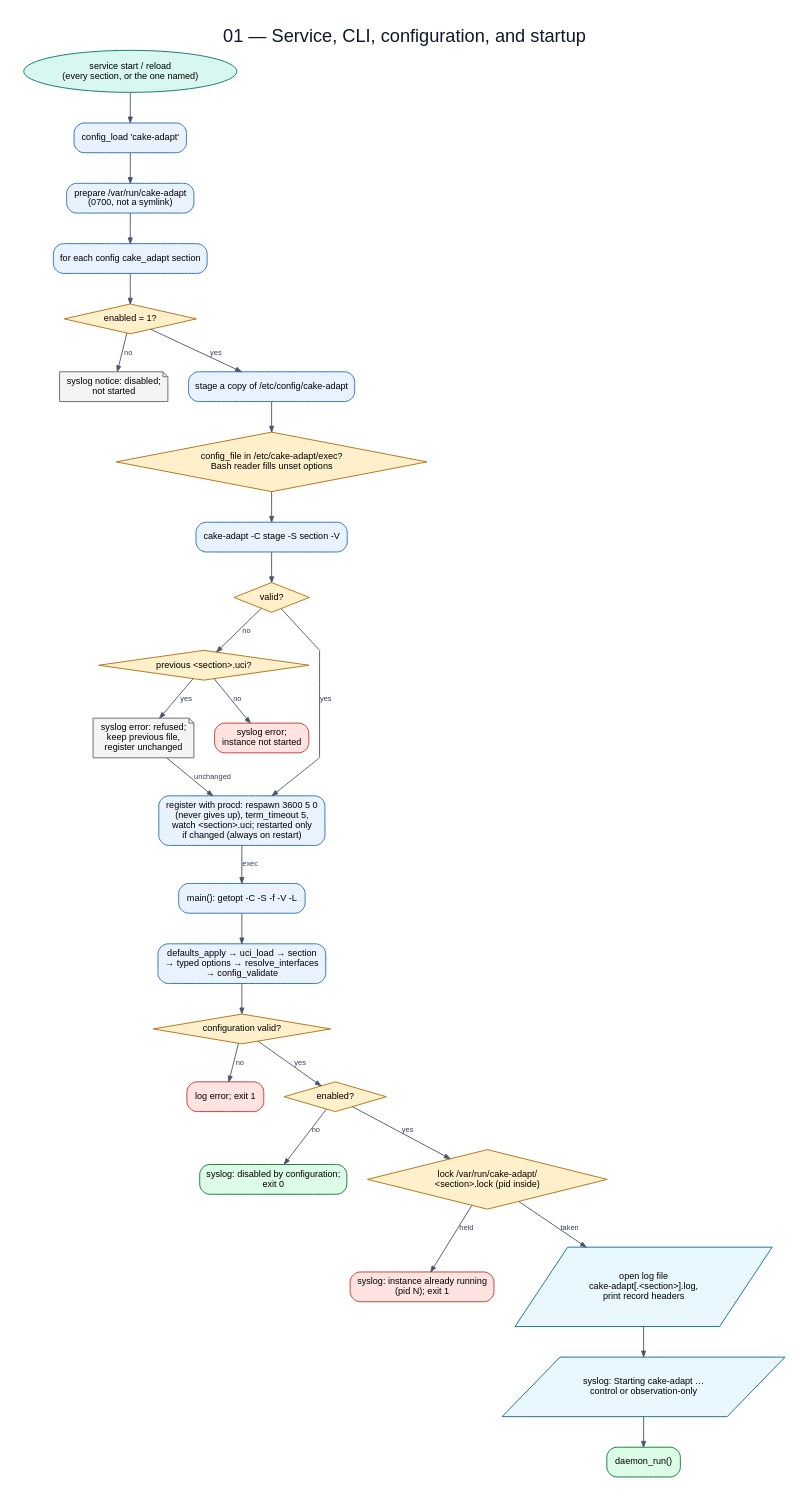
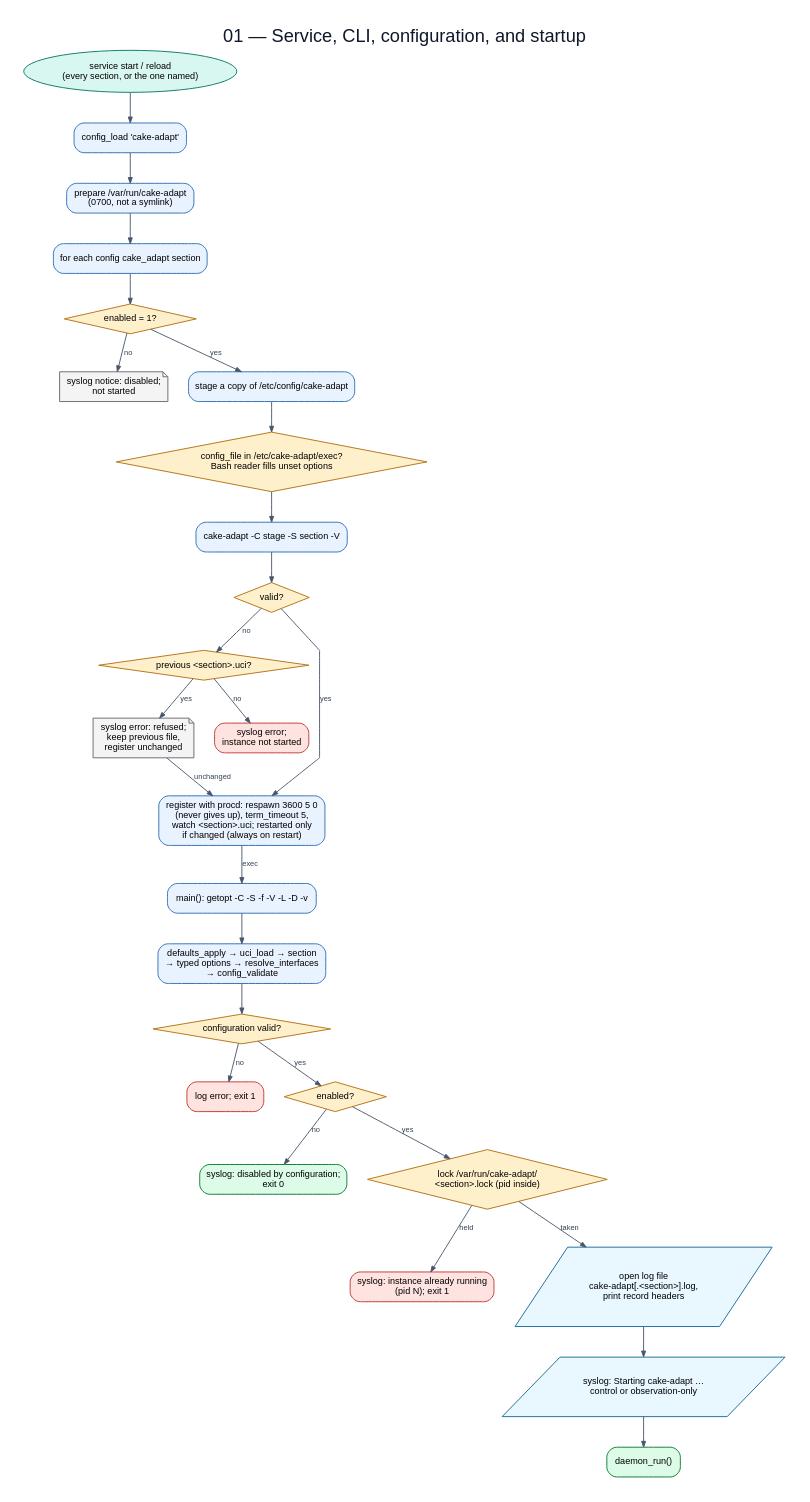
The diagram in flowchart/diagrams/01-startup-config.dot (huydoan94/cake-adapt), drawn with Graphviz before and after one commit. The commit also changed 10 other files, not shown here.

```diff
--- a/flowchart/diagrams/01-startup-config.dot
+++ b/flowchart/diagrams/01-startup-config.dot
@@ -1,55 +1,55 @@
 digraph G {
   graph [rankdir=TB,bgcolor="white",pad="0.30",nodesep="0.35",ranksep="0.48",splines=polyline,fontname="Arial",label="01 — Service, CLI, configuration, and startup",labelloc=t,fontsize=22,fontcolor="#0f172a"];
   node [fontname="Arial",fontsize=11,margin="0.14,0.09",penwidth=1.2];
   edge [fontname="Arial",fontsize=9,color="#475569",fontcolor="#334155",arrowsize=0.7,penwidth=1.1];
   start [label="service start / reload\n(every section, or the one named)",shape=oval,style="filled",fillcolor="#d9f7f1",color="#17806d"];
   load [label="config_load 'cake-adapt'",shape=box,style="rounded,filled",fillcolor="#e9f2ff",color="#3676b9"];
   runtime [label="prepare /var/run/cake-adapt\n(0700, not a symlink)",shape=box,style="rounded,filled",fillcolor="#e9f2ff",color="#3676b9"];
   each [label="for each config cake_adapt section",shape=box,style="rounded,filled",fillcolor="#e9f2ff",color="#3676b9"];
   enabled [label="enabled = 1?",shape=diamond,style="filled",fillcolor="#fff0cc",color="#b7791f"];
   skip [label="syslog notice: disabled;\nnot started",shape=note,style="filled",fillcolor="#f4f4f5",color="#71717a"];
   stage [label="stage a copy of /etc/config/cake-adapt",shape=box,style="rounded,filled",fillcolor="#e9f2ff",color="#3676b9"];
   import [label="config_file in /etc/cake-adapt/exec?\nBash reader fills unset options",shape=diamond,style="filled",fillcolor="#fff0cc",color="#b7791f"];
   validate [label="cake-adapt -C stage -S section -V",shape=box,style="rounded,filled",fillcolor="#e9f2ff",color="#3676b9"];
   valid [label="valid?",shape=diamond,style="filled",fillcolor="#fff0cc",color="#b7791f"];
   previous [label="previous <section>.uci?",shape=diamond,style="filled",fillcolor="#fff0cc",color="#b7791f"];
   keep [label="syslog error: refused;\nkeep previous file,\nregister unchanged",shape=note,style="filled",fillcolor="#f4f4f5",color="#71717a"];
   reject [label="syslog error;\ninstance not started",shape=box,style="rounded,filled",fillcolor="#ffe3e0",color="#c2413b"];
   procd [label="register with procd: respawn 3600 5 0\n(never gives up), term_timeout 5,\nwatch <section>.uci; restarted only\nif changed (always on restart)",shape=box,style="rounded,filled",fillcolor="#e9f2ff",color="#3676b9"];
-  cli [label="main(): getopt -C -S -f -V -L",shape=box,style="rounded,filled",fillcolor="#e9f2ff",color="#3676b9"];
+  cli [label="main(): getopt -C -S -f -V -L -D -v",shape=box,style="rounded,filled",fillcolor="#e9f2ff",color="#3676b9"];
   config [label="defaults_apply → uci_load → section\n→ typed options → resolve_interfaces\n→ config_validate",shape=box,style="rounded,filled",fillcolor="#e9f2ff",color="#3676b9"];
   configok [label="configuration valid?",shape=diamond,style="filled",fillcolor="#fff0cc",color="#b7791f"];
   fail [label="log error; exit 1",shape=box,style="rounded,filled",fillcolor="#ffe3e0",color="#c2413b"];
   denabled [label="enabled?",shape=diamond,style="filled",fillcolor="#fff0cc",color="#b7791f"];
   disabled [label="syslog: disabled by configuration;\nexit 0",shape=box,style="rounded,filled,bold",fillcolor="#dcfce7",color="#15803d"];
   lock [label="lock /var/run/cake-adapt/\n<section>.lock (pid inside)",shape=diamond,style="filled",fillcolor="#fff0cc",color="#b7791f"];
   running [label="syslog: instance already running\n(pid N); exit 1",shape=box,style="rounded,filled",fillcolor="#ffe3e0",color="#c2413b"];
   logs [label="open log file\ncake-adapt[.<section>].log,\nprint record headers",shape=parallelogram,style="filled",fillcolor="#e9f7ff",color="#24749c"];
   mode [label="syslog: Starting cake-adapt …\ncontrol or observation-only",shape=parallelogram,style="filled",fillcolor="#e9f7ff",color="#24749c"];
   run [label="daemon_run()",shape=box,style="rounded,filled,bold",fillcolor="#dcfce7",color="#15803d"];
   start -> load;
   load -> runtime;
   runtime -> each;
   each -> enabled;
   enabled -> skip [label="no"];
   enabled -> stage [label="yes"];
   stage -> import;
   import -> validate;
   validate -> valid;
   valid -> previous [label="no"];
   previous -> reject [label="no"];
   previous -> keep [label="yes"];
   keep -> procd [label="unchanged"];
   valid -> procd [label="yes"];
   procd -> cli [label="exec"];
   cli -> config;
   config -> configok;
   configok -> fail [label="no"];
   configok -> denabled [label="yes"];
   denabled -> disabled [label="no"];
   denabled -> lock [label="yes"];
   lock -> running [label="held"];
   lock -> logs [label="taken"];
   logs -> mode;
   mode -> run;
 }
```
